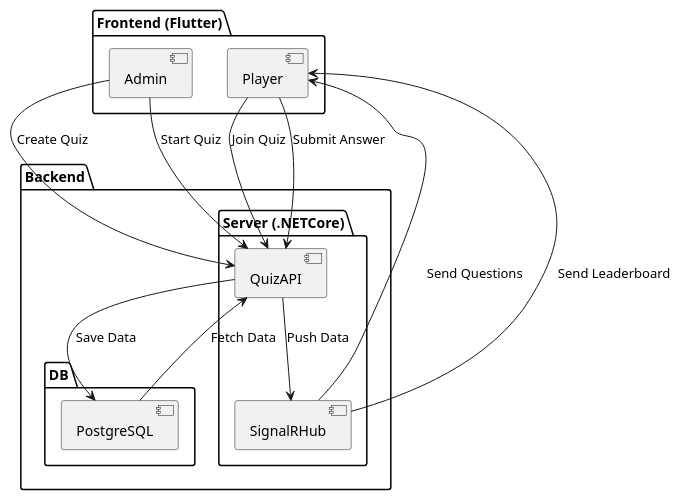
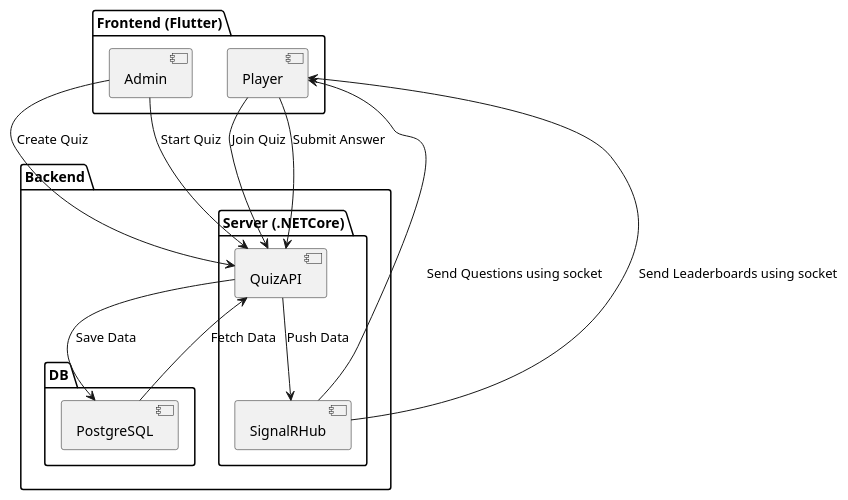
Before and after one commit to quango2304/realtime_quiz_system: the diagram in diagrams/component.iuml, drawn with PlantUML. The commit also changed 11 other files, not shown here.

```diff
--- a/diagrams/component.iuml
+++ b/diagrams/component.iuml
@@ -1,29 +1,29 @@
 @startuml RealTimeQuizSystemArchitecture
 
 package "Frontend (Flutter)" {
   [Admin] 
   [Player]
 }
 
 package "Backend" {
   package "Server (.NETCore)" {
     [QuizAPI] 
     [SignalRHub] 
   }
 
   package "DB" {
     [PostgreSQL] 
   }
 }
 
 Admin --> QuizAPI : "Create Quiz"
 Admin --> QuizAPI : "Start Quiz"
 Player --> QuizAPI : "Join Quiz"
 Player --> QuizAPI : "Submit Answer"
 QuizAPI --> PostgreSQL : "Save Data"
 PostgreSQL --> QuizAPI : "Fetch Data"
 QuizAPI --> SignalRHub : "Push Data"
-SignalRHub --> Player : "Send Questions"
-SignalRHub --> Player : "Send Leaderboard"
+SignalRHub --> Player : "Send Questions using socket"
+SignalRHub --> Player : "Send Leaderboards using socket"
 
 @enduml
```
